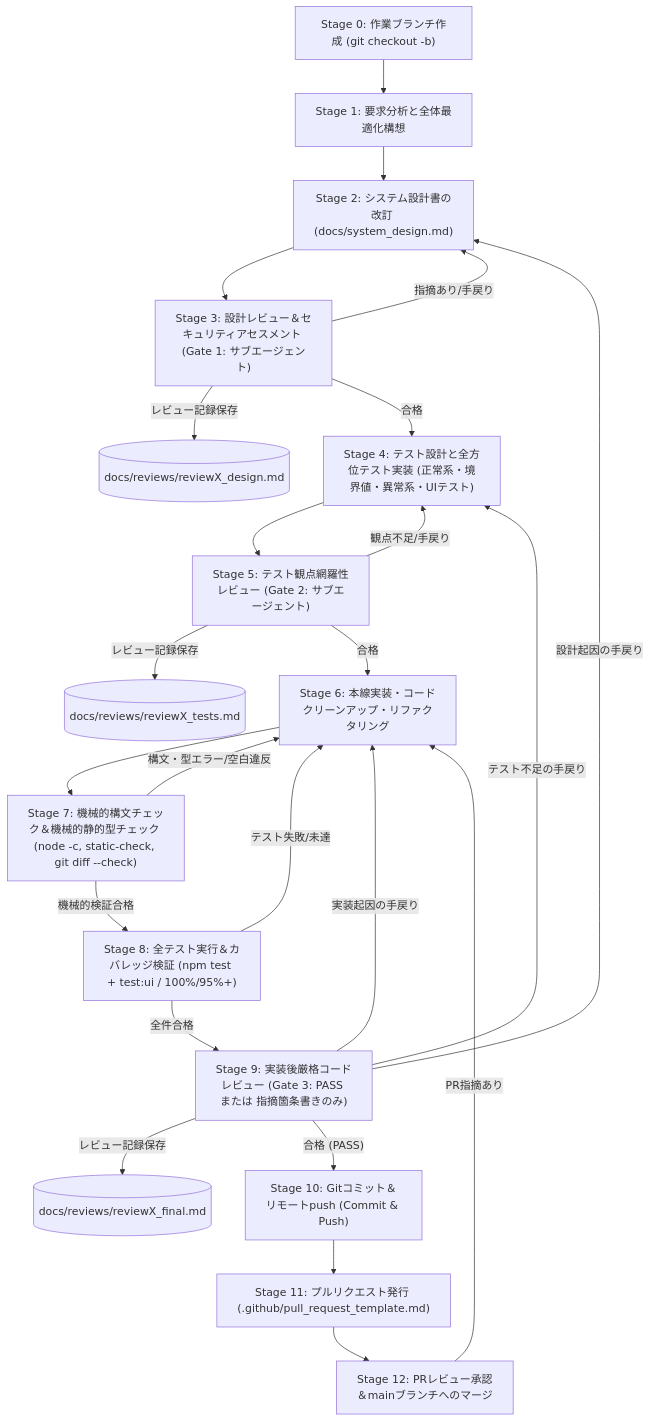
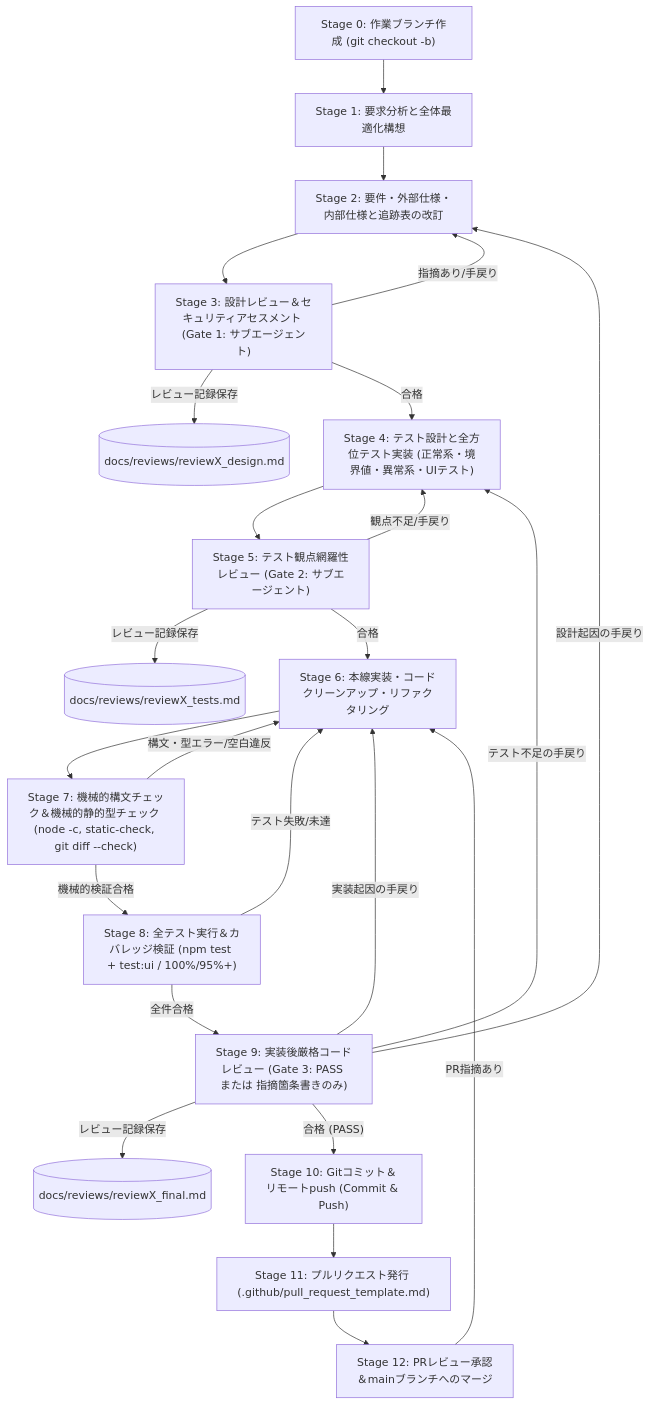
Before and after one commit to tekuteku-life/kogaidocs: the first of 2 diagrams in docs/development_process.md, drawn with Mermaid. The commit also changed other lines of this file and 7 other files, not shown here.

Commit message:
docs: split system design into requirements and specifications

````diff
--- a/docs/development_process.md
+++ b/docs/development_process.md
@@ -44,26 +44,26 @@
 ```mermaid
 flowchart TD
 	S0["Stage 0: 作業ブランチ作成 (git checkout -b)"] --> S1["Stage 1: 要求分析と全体最適化構想"]
-	S1 --> S2["Stage 2: システム設計書の改訂 (docs/system_design.md)"]
+	S1 --> S2["Stage 2: 要件・外部仕様・内部仕様と追跡表の改訂"]
 	S2 --> S3["Stage 3: 設計レビュー＆セキュリティアセスメント (Gate 1: サブエージェント)"]
 	S3 -->|レビュー記録保存| D1[("docs/reviews/reviewX_design.md")]
 	S3 -- "指摘あり/手戻り" --> S2
 	S3 -- "合格" --> S4["Stage 4: テスト設計と全方位テスト実装 (正常系・境界値・異常系・UIテスト)"]
 	S4 --> S5["Stage 5: テスト観点網羅性レビュー (Gate 2: サブエージェント)"]
 	S5 -->|レビュー記録保存| D2[("docs/reviews/reviewX_tests.md")]
 	S5 -- "観点不足/手戻り" --> S4
 	S5 -- "合格" --> S6["Stage 6: 本線実装・コードクリーンアップ・リファクタリング"]
 	S6 --> S7["Stage 7: 機械的構文チェック＆機械的静的型チェック (node -c, static-check, git diff --check)"]
 	S7 -- "構文・型エラー/空白違反" --> S6
 	S7 -- "機械的検証合格" --> S8["Stage 8: 全テスト実行＆カバレッジ検証 (npm test + test:ui / 100%/95%+)"]
 	S8 -- "テスト失敗/未達" --> S6
 	S8 -- "全件合格" --> S9["Stage 9: 実装後厳格コードレビュー (Gate 3: PASS または 指摘箇条書きのみ)"]
 	S9 -->|レビュー記録保存| D3[("docs/reviews/reviewX_final.md")]
 	S9 -- "設計起因の手戻り" --> S2
 	S9 -- "テスト不足の手戻り" --> S4
 	S9 -- "実装起因の手戻り" --> S6
 	S9 -- "合格 (PASS)" --> S10["Stage 10: Gitコミット＆リモートpush (Commit & Push)"]
 	S10 --> S11["Stage 11: プルリクエスト発行 (.github/pull_request_template.md)"]
 	S11 --> S12["Stage 12: PRレビュー承認＆mainブランチへのマージ"]
 	S12 -- "PR指摘あり" --> S6
 ```
````
